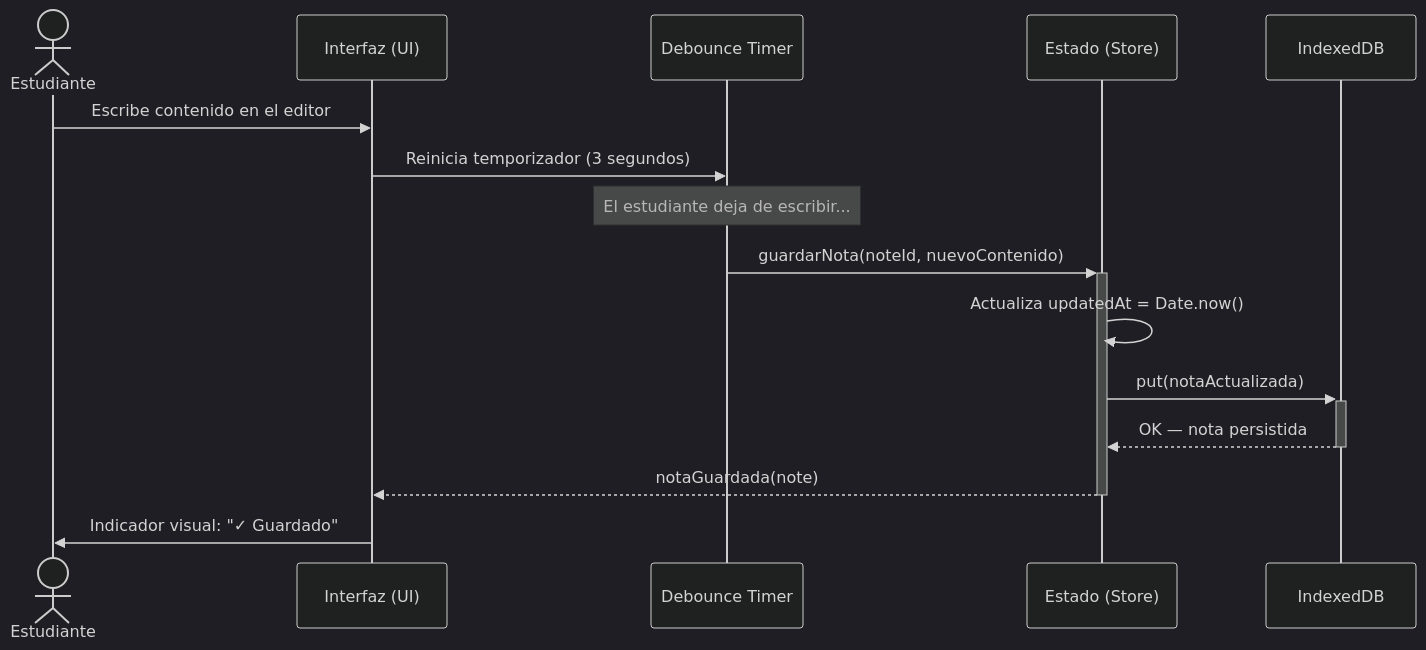
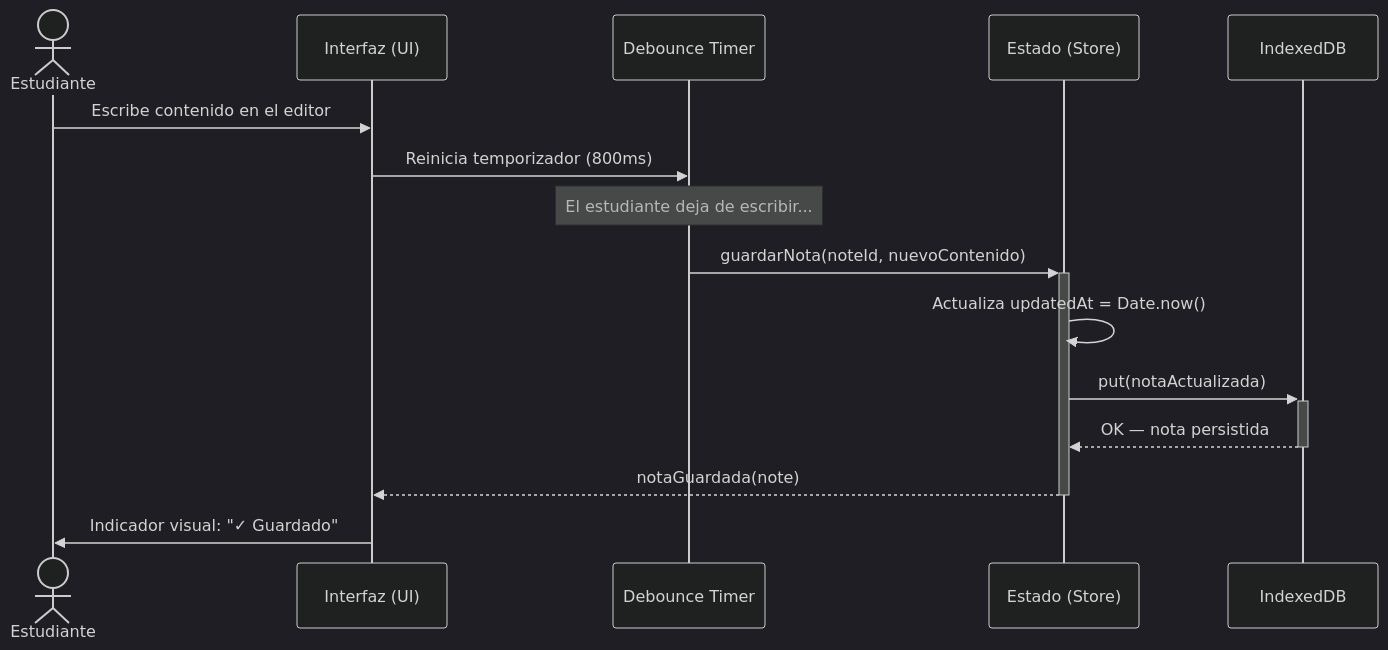
One commit to jdfesa/lumapse changed the second of 4 diagrams in docs/diagramas/secuencia-crear-nota.md. Above: the diagram before and after it, drawn with Mermaid (dark theme). The commit also changed other lines of this file and 12 other files, not shown here.

````diff
--- a/docs/diagramas/secuencia-crear-nota.md
+++ b/docs/diagramas/secuencia-crear-nota.md
@@ -40,20 +40,20 @@
 ```mermaid
 sequenceDiagram
     actor EST as Estudiante
     participant UI as Interfaz (UI)
     participant TIMER as Debounce Timer
     participant STORE as Estado (Store)
     participant IDB as IndexedDB
 
     EST ->> UI: Escribe contenido en el editor
-    UI ->> TIMER: Reinicia temporizador (3 segundos)
+    UI ->> TIMER: Reinicia temporizador (800ms)
 
     Note over TIMER: El estudiante deja de escribir...
 
     TIMER ->>+ STORE: guardarNota(noteId, nuevoContenido)
     STORE ->> STORE: Actualiza updatedAt = Date.now()
     STORE ->>+ IDB: put(notaActualizada)
     IDB -->>- STORE: OK — nota persistida
     STORE -->>- UI: notaGuardada(note)
     UI ->> EST: Indicador visual: "✓ Guardado"
 ```
````
